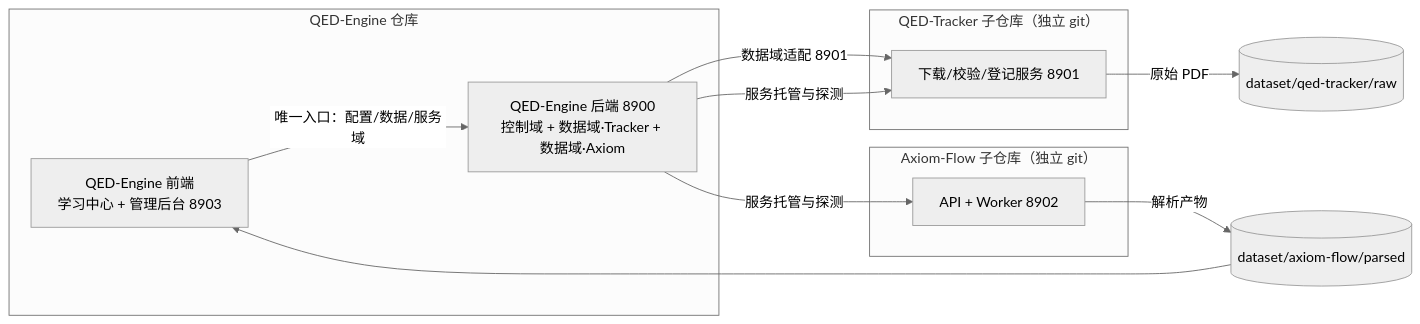
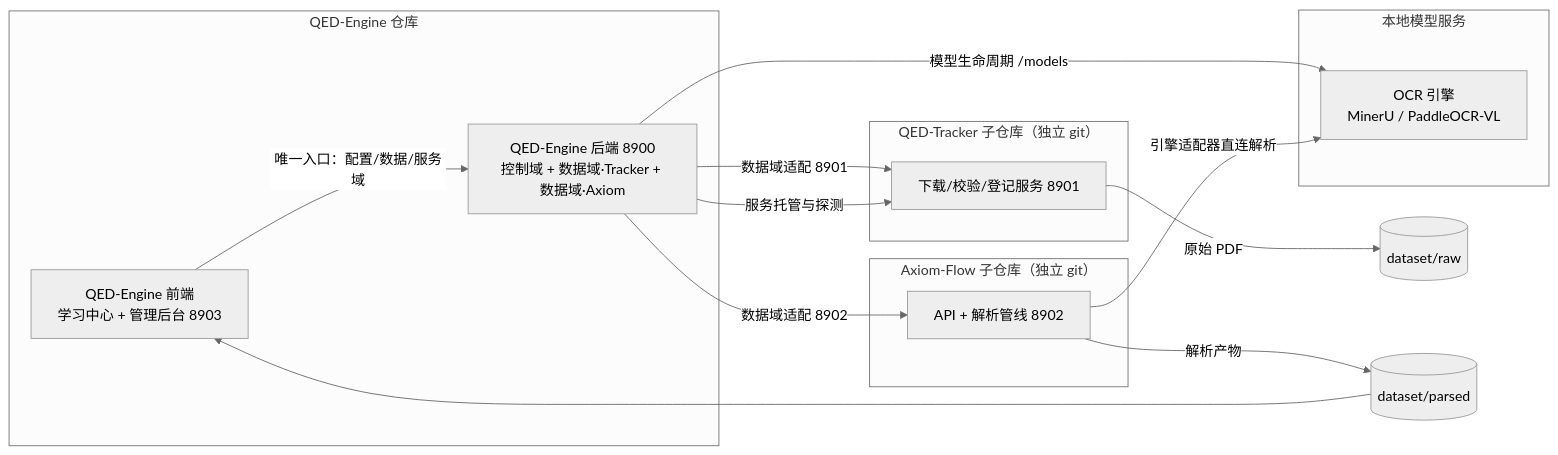
The diagram in docs/architecture/four-service-architecture.md (swfswf1234/QED-Engine), drawn with Mermaid (neutral theme) before and after one commit. The commit also changed other lines of this file and 71 other files, not shown here.

````diff
--- a/docs/architecture/four-service-architecture.md
+++ b/docs/architecture/four-service-architecture.md
@@ -17,21 +17,26 @@
 ```mermaid
 flowchart LR
     subgraph Root[QED-Engine 仓库]
         FE[QED-Engine 前端<br/>学习中心 + 管理后台 8903]
         CC[QED-Engine 后端 8900<br/>控制域 + 数据域·Tracker + 数据域·Axiom]
     end
     subgraph AF[Axiom-Flow 子仓库（独立 git）]
-        A[API + Worker 8902]
+        A[API + 解析管线 8902]
     end
     subgraph TR[QED-Tracker 子仓库（独立 git）]
         T[下载/校验/登记服务 8901]
+    end
+    subgraph MD[本地模型服务]
+        M[OCR 引擎<br/>MinerU / PaddleOCR-VL]
     end
 
     FE -->|唯一入口：配置/数据/服务域| CC
     CC -->|数据域适配 8901| T
     CC -->|服务托管与探测| T
-    CC -->|服务托管与探测| A
-    T -->|原始 PDF| R[(dataset/qed-tracker/raw)]
-    A -->|解析产物| P[(dataset/axiom-flow/parsed)]
+    CC -->|数据域适配 8902| A
+    CC -->|模型生命周期 /models| M
+    A -->|引擎适配器直连解析| M
+    T -->|原始 PDF| R[(dataset/raw)]
+    A -->|解析产物| P[(dataset/parsed)]
     P --> FE
 ```
````
